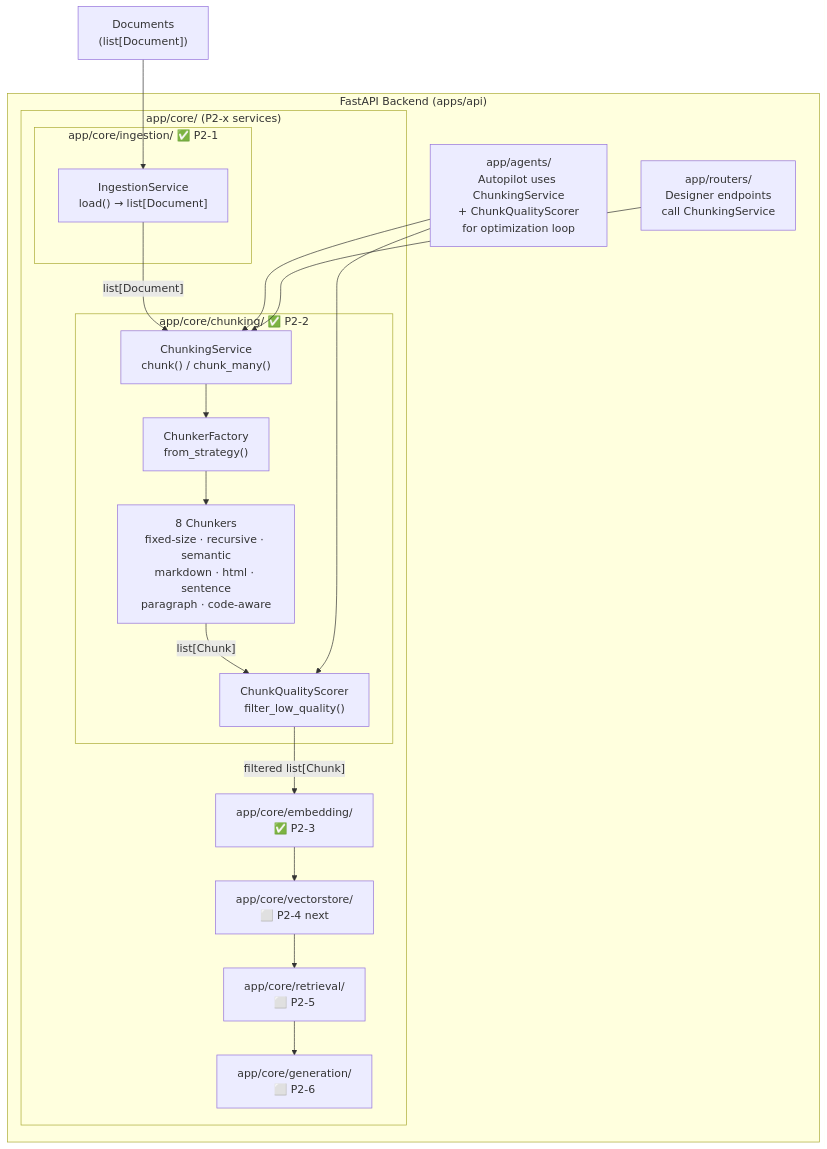
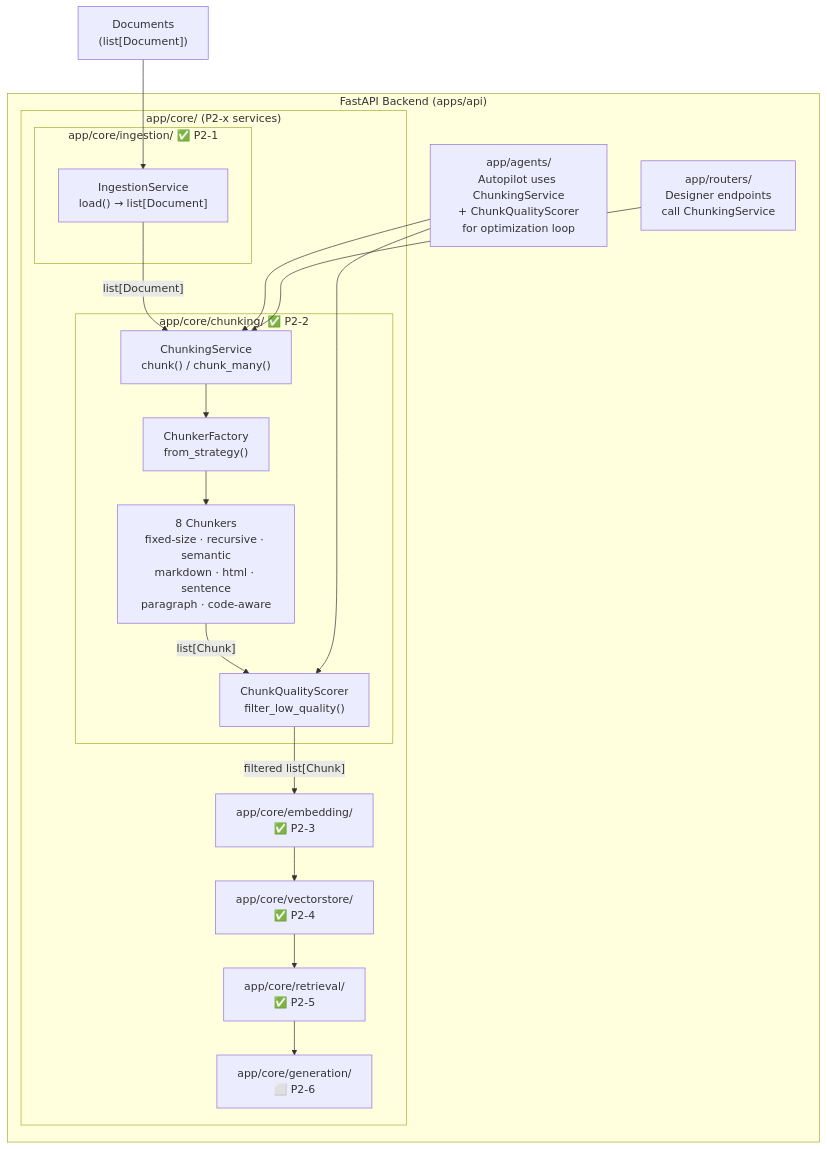
One commit to anulsasidharan/RAG_Studio_Documents changed diagram 20 of 29 in internal/PROJECT_SYSTEM_DESIGN_EVOLUTION.md. Above: the diagram before and after it, drawn with Mermaid. The commit also changed other lines of this file and 3 other files, not shown here.

````diff
--- a/internal/PROJECT_SYSTEM_DESIGN_EVOLUTION.md
+++ b/internal/PROJECT_SYSTEM_DESIGN_EVOLUTION.md
@@ -989,35 +990,35 @@
 ```mermaid
 graph TB
     subgraph API["FastAPI Backend (apps/api)"]
         subgraph CORE["app/core/ (P2-x services)"]
             subgraph INGESTION_BOX["app/core/ingestion/ ✅ P2-1"]
                 ING_SVC2["IngestionService\nload() → list[Document]"]
             end
 
             subgraph CHUNKING_BOX["app/core/chunking/ ✅ P2-2"]
                 CHUNK_SVC["ChunkingService\nchunk() / chunk_many()"]
                 CHUNK_FAC["ChunkerFactory\nfrom_strategy()"]
                 EIGHT_STRAT["8 Chunkers\nfixed-size · recursive · semantic\nmarkdown · html · sentence\nparagraph · code-aware"]
                 QUALITY_SVC["ChunkQualityScorer\nfilter_low_quality()"]
             end
 
             EMBEDDING_BOX["app/core/embedding/\n✅ P2-3"]
-            VECTORSTORE_BOX["app/core/vectorstore/\n⬜ P2-4 next"]
-            RETRIEVAL_BOX["app/core/retrieval/\n⬜ P2-5"]
+            VECTORSTORE_BOX["app/core/vectorstore/\n✅ P2-4"]
+            RETRIEVAL_BOX["app/core/retrieval/\n✅ P2-5"]
             GENERATION_BOX["app/core/generation/\n⬜ P2-6"]
         end
 
         AGENTS["app/agents/\nAutopilot uses ChunkingService\n+ ChunkQualityScorer\nfor optimization loop"]
         ROUTERS2["app/routers/\nDesigner endpoints\ncall ChunkingService"]
     end
 
     DOCS["Documents\n(list[Document])"] --> ING_SVC2
     ING_SVC2 -->|"list[Document]"| CHUNK_SVC
     CHUNK_SVC --> CHUNK_FAC --> EIGHT_STRAT
     EIGHT_STRAT -->|"list[Chunk]"| QUALITY_SVC
     QUALITY_SVC -->|"filtered list[Chunk]"| EMBEDDING_BOX
     EMBEDDING_BOX --> VECTORSTORE_BOX --> RETRIEVAL_BOX --> GENERATION_BOX
     AGENTS --> CHUNK_SVC
     AGENTS --> QUALITY_SVC
     ROUTERS2 --> CHUNK_SVC
 ```
````
